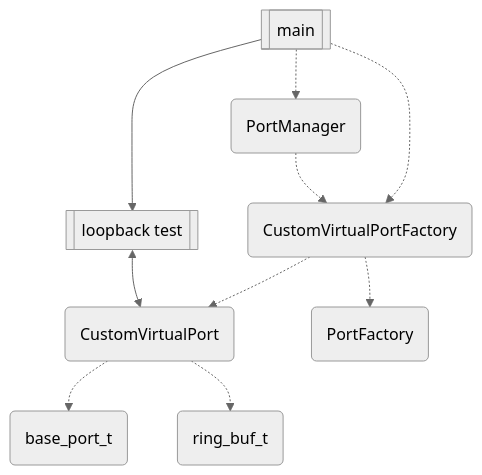
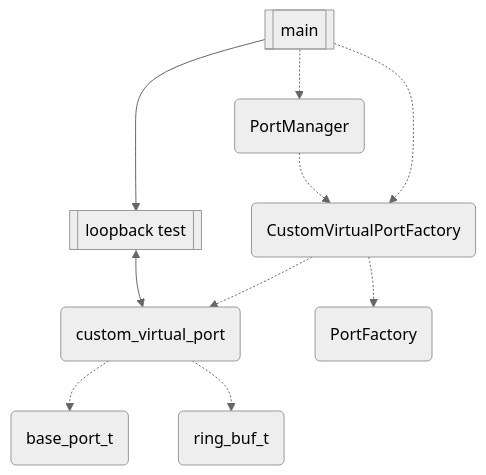
The first of 2 diagrams in ExampleProjects/CustomPort/CustomVirtual/README.md (inertialsense/inertial-sense-sdk), drawn with Mermaid (neutral theme) before and after one commit. The commit also changed other lines of this file and 4 other files, not shown here.

````diff
--- a/ExampleProjects/CustomPort/CustomVirtual/README.md
+++ b/ExampleProjects/CustomPort/CustomVirtual/README.md
@@ -17,12 +17,12 @@
 ```mermaid
 graph TD
     A[[main]] -.-> B(CustomVirtualPortFactory)
     A -.-> H(PortManager)
-    B -.-> C(CustomVirtualPort)
+    B -.-> C(custom_virtual_port)
     C -.-> D(base_port_t)
     C -.-> G(ring_buf_t)
     B-.-> E(PortFactory)
     H -.-> B
     A --> F[[loopback test]]
     F <--> C
 ```
````
